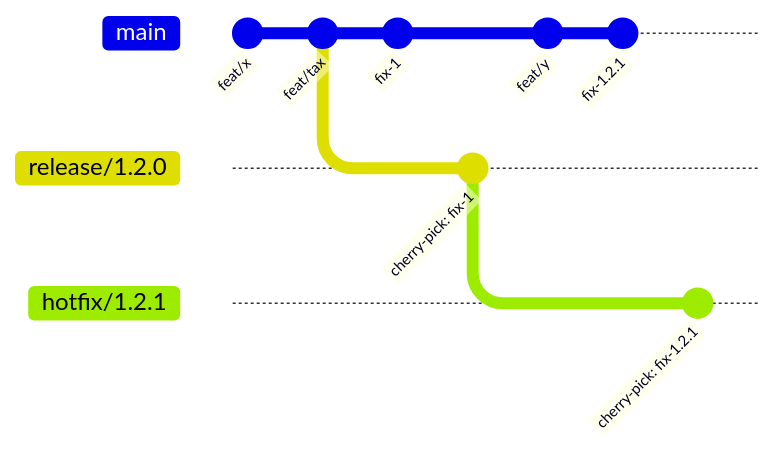
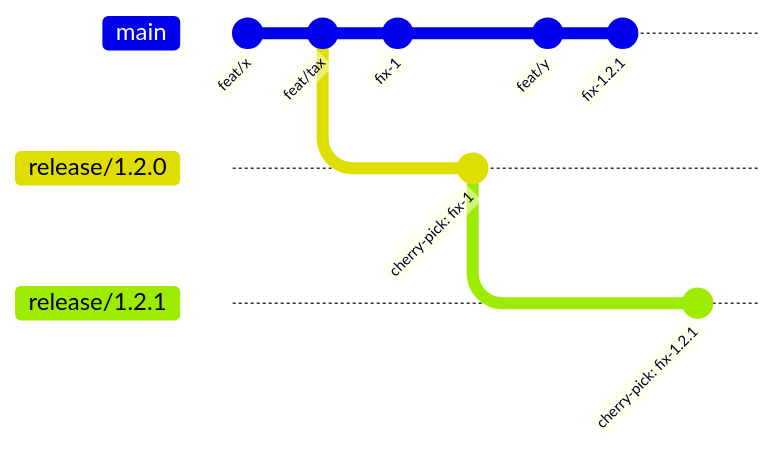
One commit to alifgiant/alifgiant.github.io changed diagram 14 of 14 in contents/blog/git-branching-strategies-for-mobile-releases-gitfl.md. Above: the diagram before and after it, drawn with Mermaid. The commit also changed other lines of this file and 1 other file, not shown here.

````diff
--- a/contents/blog/git-branching-strategies-for-mobile-releases-gitfl.md
+++ b/contents/blog/git-branching-strategies-for-mobile-releases-gitfl.md
@@ -438,18 +438,18 @@
 ```mermaid
 %%{init: { 'theme': 'default' } }%%
 gitGraph
     commit id: "feat/x"
     commit id: "feat/tax"
     branch release/1.2.0
     checkout main
 		commit id: "fix-1"
 		checkout release/1.2.0
     commit id: "cherry-pick: fix-1"
     checkout main
     commit id: "feat/y"
     commit id: "fix-1.2.1"
 		checkout release/1.2.0
-    branch hotfix/1.2.1
+    branch release/1.2.1
     commit id: "cherry-pick: fix-1.2.1"
 
 ```
````
